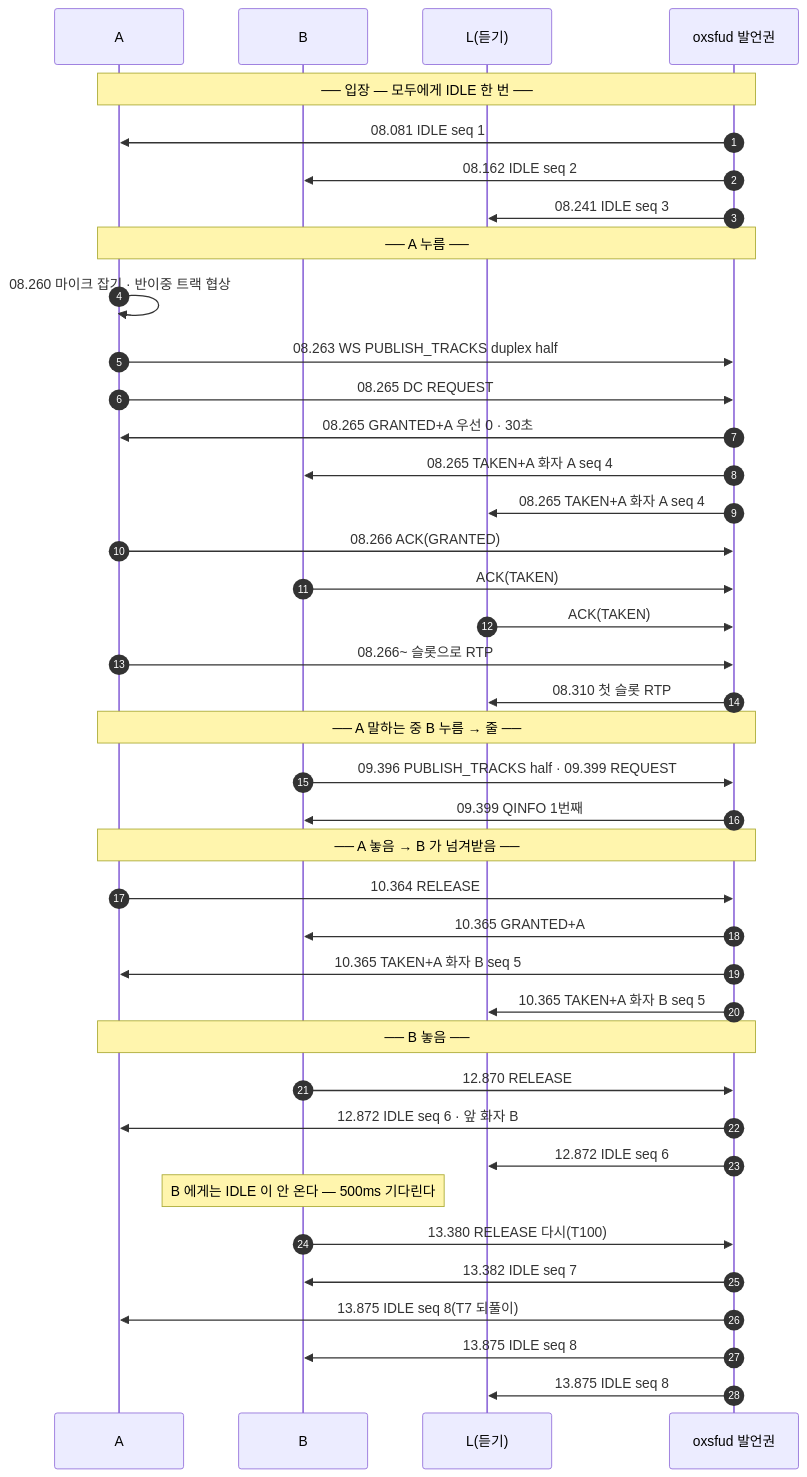
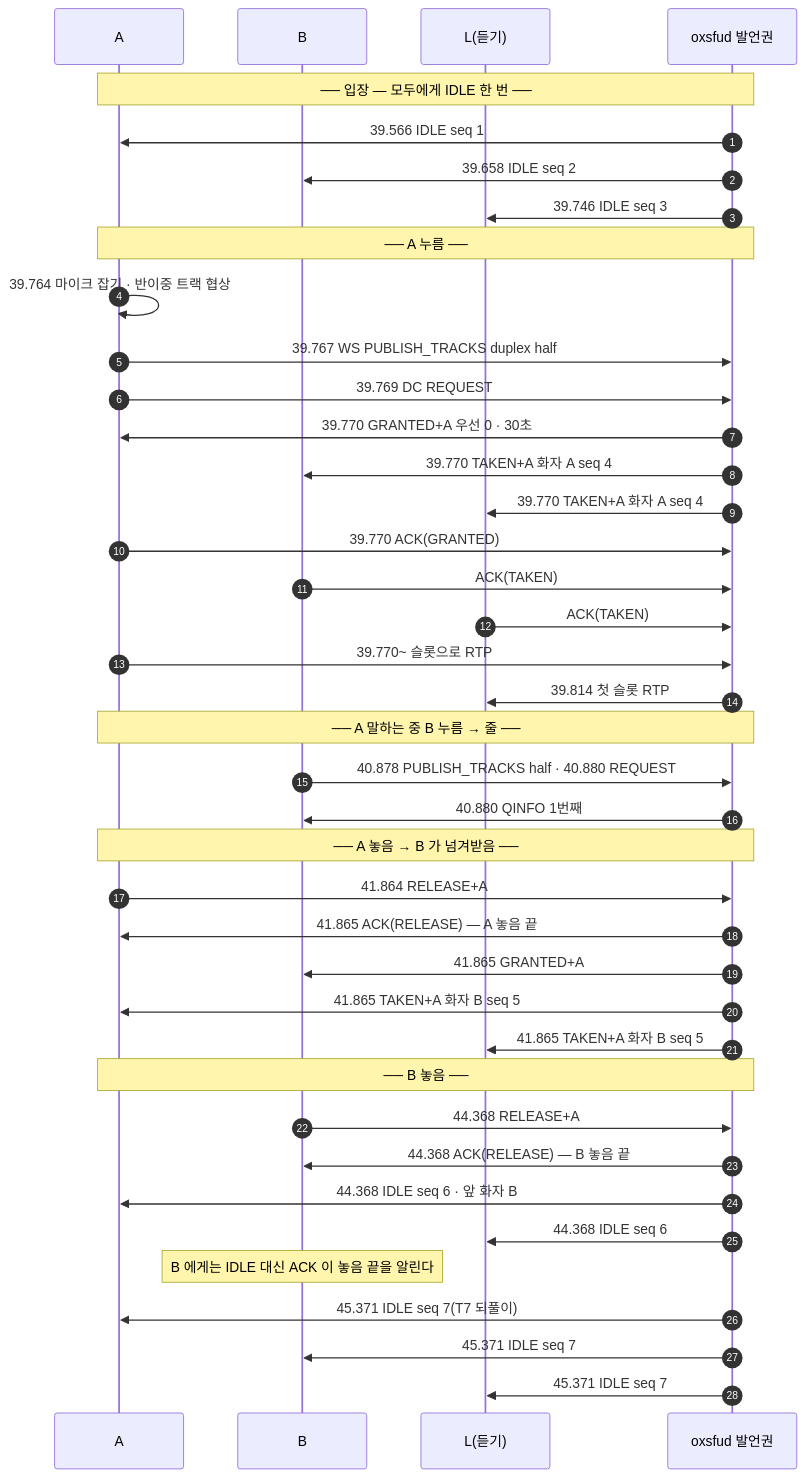
One commit to kodeholic9/oxlens-sfu changed the second of 3 diagrams in docs/learn/03_PTT_FLOOR.md. Above: the diagram before and after it, drawn with Mermaid. The commit also changed other lines of this file and 3 other files, not shown here.

First line of the commit message:
공개 문서 — 발언권 놓음 A 비트(연동규격서 10-flr · RELEASE 「세운다」 · ACK 행) · 학습 문서 03 다시 잼 · 04 놓음 줄 · 07 라벨(npm run publish -- --sync)

````diff
--- a/docs/learn/03_PTT_FLOOR.md
+++ b/docs/learn/03_PTT_FLOOR.md
@@ -40,42 +40,42 @@
 ```mermaid
 sequenceDiagram
   autonumber
   participant A as A
   participant B as B
   participant L as L(듣기)
   participant S as oxsfud 발언권
   Note over A,S: ── 입장 — 모두에게 IDLE 한 번 ──
-  S->>A: 08.081 IDLE seq 1
-  S->>B: 08.162 IDLE seq 2
-  S->>L: 08.241 IDLE seq 3
+  S->>A: 39.566 IDLE seq 1
+  S->>B: 39.658 IDLE seq 2
+  S->>L: 39.746 IDLE seq 3
   Note over A,S: ── A 누름 ──
-  A->>A: 08.260 마이크 잡기 · 반이중 트랙 협상
-  A->>S: 08.263 WS PUBLISH_TRACKS duplex half
-  A->>S: 08.265 DC REQUEST
-  S->>A: 08.265 GRANTED+A 우선 0 · 30초
-  S->>B: 08.265 TAKEN+A 화자 A seq 4
-  S->>L: 08.265 TAKEN+A 화자 A seq 4
-  A->>S: 08.266 ACK(GRANTED)
+  A->>A: 39.764 마이크 잡기 · 반이중 트랙 협상
+  A->>S: 39.767 WS PUBLISH_TRACKS duplex half
+  A->>S: 39.769 DC REQUEST
+  S->>A: 39.770 GRANTED+A 우선 0 · 30초
+  S->>B: 39.770 TAKEN+A 화자 A seq 4
+  S->>L: 39.770 TAKEN+A 화자 A seq 4
+  A->>S: 39.770 ACK(GRANTED)
   B->>S: ACK(TAKEN)
   L->>S: ACK(TAKEN)
-  A->>S: 08.266~ 슬롯으로 RTP
-  S->>L: 08.310 첫 슬롯 RTP
+  A->>S: 39.770~ 슬롯으로 RTP
+  S->>L: 39.814 첫 슬롯 RTP
   Note over A,S: ── A 말하는 중 B 누름 → 줄 ──
-  B->>S: 09.396 PUBLISH_TRACKS half · 09.399 REQUEST
-  S->>B: 09.399 QINFO 1번째
+  B->>S: 40.878 PUBLISH_TRACKS half · 40.880 REQUEST
+  S->>B: 40.880 QINFO 1번째
   Note over A,S: ── A 놓음 → B 가 넘겨받음 ──
-  A->>S: 10.364 RELEASE
-  S->>B: 10.365 GRANTED+A
-  S->>A: 10.365 TAKEN+A 화자 B seq 5
-  S->>L: 10.365 TAKEN+A 화자 B seq 5
+  A->>S: 41.864 RELEASE+A
+  S->>A: 41.865 ACK(RELEASE) — A 놓음 끝
+  S->>B: 41.865 GRANTED+A
+  S->>A: 41.865 TAKEN+A 화자 B seq 5
+  S->>L: 41.865 TAKEN+A 화자 B seq 5
   Note over A,S: ── B 놓음 ──
-  B->>S: 12.870 RELEASE
-  S->>A: 12.872 IDLE seq 6 · 앞 화자 B
-  S->>L: 12.872 IDLE seq 6
-  Note over B: B 에게는 IDLE 이 안 온다 — 500ms 기다린다
-  B->>S: 13.380 RELEASE 다시(T100)
-  S->>B: 13.382 IDLE seq 7
-  S->>A: 13.875 IDLE seq 8(T7 되풀이)
-  S->>B: 13.875 IDLE seq 8
-  S->>L: 13.875 IDLE seq 8
+  B->>S: 44.368 RELEASE+A
+  S->>B: 44.368 ACK(RELEASE) — B 놓음 끝
+  S->>A: 44.368 IDLE seq 6 · 앞 화자 B
+  S->>L: 44.368 IDLE seq 6
+  Note over B: B 에게는 IDLE 대신 ACK 이 놓음 끝을 알린다
+  S->>A: 45.371 IDLE seq 7(T7 되풀이)
+  S->>B: 45.371 IDLE seq 7
+  S->>L: 45.371 IDLE seq 7
 ```
````
